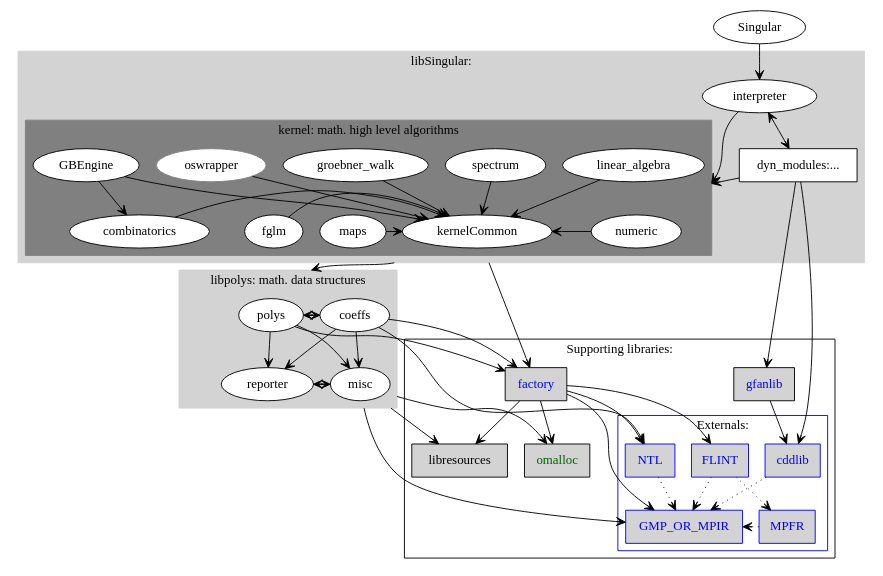
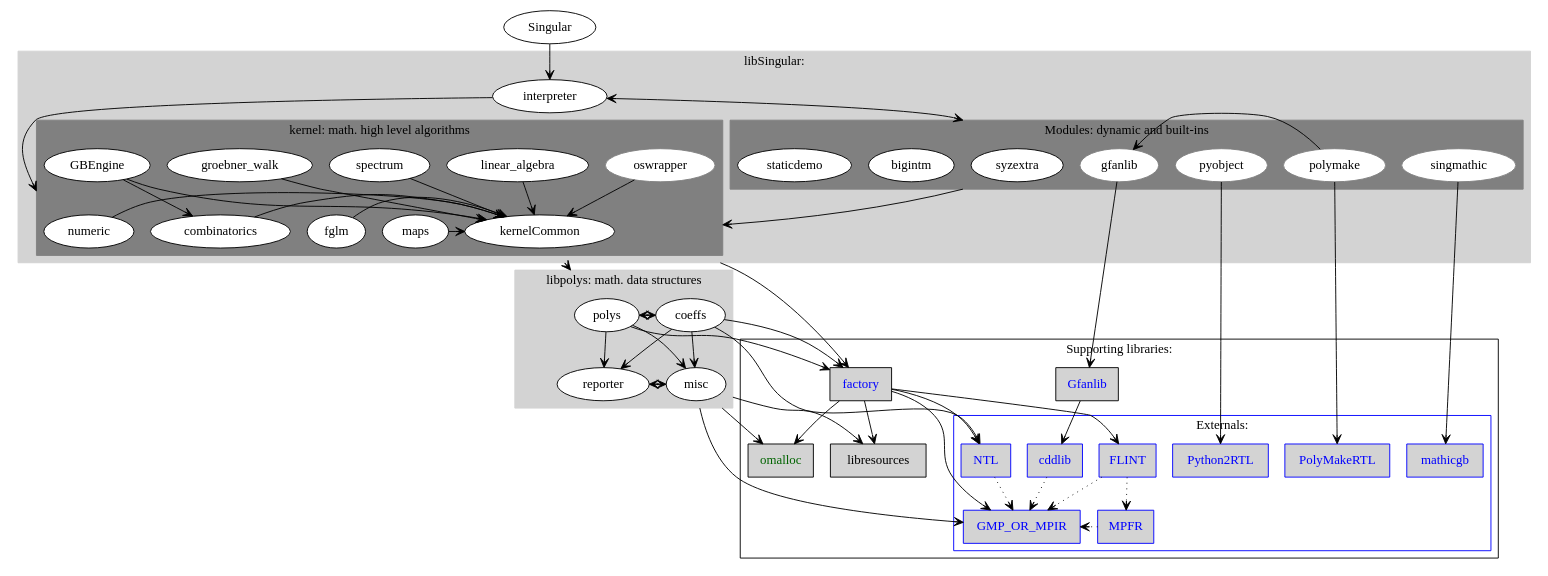
The diagram in Includes.dot (Singular/Singular), drawn with Graphviz before and after one commit.

Commit message:
Update for dependency diagram

```diff
--- a/Includes.dot
+++ b/Includes.dot
@@ -1,107 +1,120 @@
 digraph IncludesInSingular4
 {
   compound=true;
   edge [ arrowhead=open ];
   graph [ 
 //    rankdir=TB; 
   ];
   pack = 0 ;
   packMode = "graph" ;
   subgraph "clusterlibpolys"
   {
       label="libpolys: math. data structures";
       color = lightgray;
       style = filled;
       node [ fillcolor = white, style = filled, color = black, fontcolor=black];
       { rank=same;  misc ; reporter ; };
       { rank=same; coeffs ; polys };
   } ;
   subgraph "clusterlibSingular"
   {
         rank="max" ;
         label="libSingular:";
         color = lightgray;
         style = filled;
         node [ fillcolor = white, style = filled, color = black, fontcolor=black];
         interpreter [] ;
-	"dyn_modules:..." [shape=box] ;
-	  subgraph "clusterMath"
-	  {
+        subgraph "clusterMOD"
+        {
+	          rank="min" ;
+		  label="Modules: dynamic and built-ins";
+		  color = gray;
+//        	  style = filled;
+  		  node [ fillcolor = white, style = filled, color = black, fontcolor=black];
+		  { rank=same; pyobject [color = gray]; gfanlib [color = gray]; polymake [color = gray]; singmathic [color = gray]; };
+		  { rank=same; syzextra; bigintm; staticdemo; };
+        }
+        subgraph "clusterMath"
+        {
 	          rank="min" ;
 		  label="kernel: math. high level algorithms";
 		  color = gray;
 //        	  style = filled;
   		  node [ fillcolor = white, style = filled, color = black, fontcolor=black];
 		  { rank=same; fglm; numeric; maps; kernelCommon; combinatorics; };
 		  { rank=same; linear_algebra; spectrum; groebner_walk; GBEngine;};
 		  oswrapper [color = gray];
          }
   } ;
   subgraph "clusterinternals"
   {
     label="Supporting libraries:";
     { rank=same; 
       omalloc [ fillcolor=lightgrey, fontcolor=darkgreen, style=filled, color = black, shape=box ] ;
       libresources [ fillcolor=lightgrey, style=filled, color = black, shape=box ]  ;
     } ;
     { rank=same;
-      gfanlib [ fillcolor=lightgrey, fontcolor=blue, style=filled, color = black, shape=box ] ;
+      Gfanlib [ fillcolor=lightgrey, fontcolor=blue, style=filled, color = black, shape=box ] ;
       factory [ fillcolor=lightgrey, fontcolor=blue, style=filled, color = black, shape=box ] ;
     } ;
    subgraph "clusterexternals"
    {
     rank="min" ;
     node [ color=blue, fillcolor=lightgrey, fontcolor=blue, style=filled, shape=box ];
     label="Externals:";
     color=blue;
     { rank=same; GMP_OR_MPIR []; MPFR [] ; } ;
-    { rank=same; NTL ; FLINT ; cddlib ;   };
+    { rank=same; NTL ; FLINT ;  PolyMakeRTL; };
+    { rank=same; mathicgb; cddlib; Python2RTL; };
    } ;
   } ;  
   NTL -> GMP_OR_MPIR [style = "dotted"];
   FLINT -> GMP_OR_MPIR [style = "dotted"];
   cddlib -> GMP_OR_MPIR [style = "dotted"];
   FLINT -> MPFR [style = "dotted"];
 MPFR -> GMP_OR_MPIR [style = "dotted"];
 factory -> FLINT [];
   factory -> GMP_OR_MPIR [];
   factory -> NTL [];
   factory -> omalloc;
   factory -> libresources;
   Singular -> interpreter [];
   interpreter -> numeric [lhead="clusterMath"];
 //  interpreter -> "..." [lhead="clusterMath"];
-  interpreter -> "dyn_modules:..." [dir=both, arrowtail="open", arrowhead="open"];
-  "dyn_modules:..." -> kernelCommon [lhead="clusterMath"];
-  "dyn_modules:..." -> gfanlib [];
-  "dyn_modules:..." -> cddlib [];
-  gfanlib -> cddlib [];
+  interpreter -> "syzextra" [dir=both, arrowtail="open", arrowhead="open", lhead="clusterMOD"];
+  syzextra -> kernelCommon [lhead="clusterMath", ltail="clusterMOD"];
+  polymake -> gfanlib [];
+  gfanlib -> Gfanlib [];
+  Gfanlib -> cddlib [];
+  singmathic -> mathicgb [];
+  pyobject -> Python2RTL [];
+  polymake -> PolyMakeRTL [];
   kernelCommon -> polys [ltail="clusterlibSingular", lhead="clusterlibpolys"];
   kernelCommon -> factory [ltail="clusterlibSingular"];
   combinatorics -> kernelCommon [];
   GBEngine -> combinatorics [];
   fglm -> kernelCommon [];
   GBEngine -> kernelCommon [];
   groebner_walk -> kernelCommon [];
   linear_algebra -> kernelCommon [];
   maps -> kernelCommon [];
   numeric -> kernelCommon [];
   spectrum -> kernelCommon [];
   oswrapper -> kernelCommon [];
   polys -> coeffs [dir=both, arrowtail="open", arrowhead="open"] ;
   polys -> misc;
   polys -> reporter;
   polys -> factory [];
   reporter -> misc [dir=both, arrowtail="open", arrowhead="open"] ;
   coeffs -> NTL [];
   coeffs -> factory [];
   coeffs -> misc;
   coeffs -> reporter;
   misc -> libresources [ltail="clusterlibpolys"];
   misc -> omalloc [ltail="clusterlibpolys"];
   misc -> GMP_OR_MPIR [ltail="clusterlibpolys"];
 }
 // dot -Tpng -o D.png Includes.dot
 // boxed = third party
 // filled = external
 // blue = math
```
